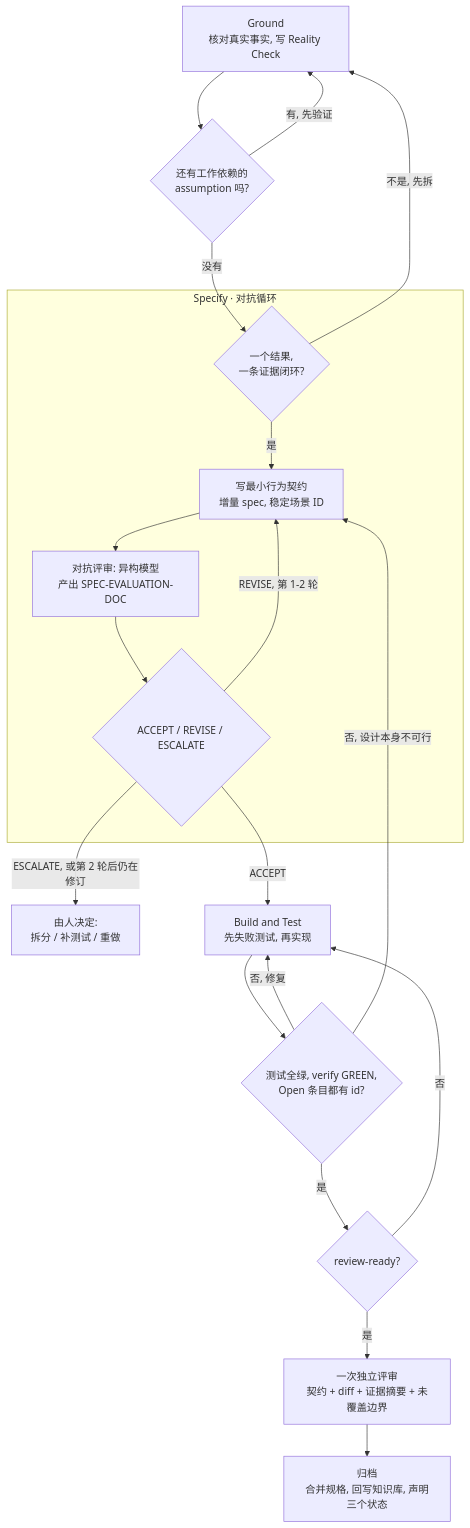
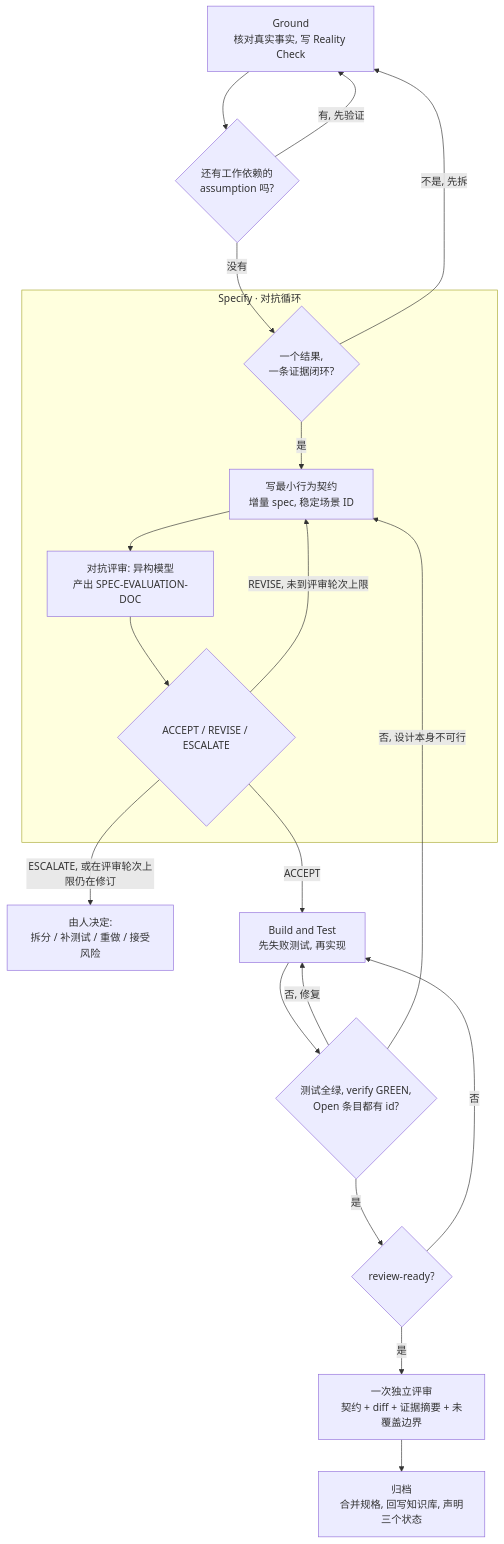
One commit to Apriorhythm/apriori-spec-development changed the diagram in docs/concepts_cn.md. Above: the diagram before and after it, drawn with Mermaid. The commit also changed other lines of this file and 51 other files, not shown here.

````diff
--- a/docs/concepts_cn.md
+++ b/docs/concepts_cn.md
@@ -293,25 +293,25 @@
 ```mermaid
 graph TD
     B[Ground<br/>核对真实事实, 写 Reality Check]
     B --> B2{还有工作依赖的<br/>assumption 吗?}
     B2 -- 有, 先验证 --> B
     B2 -- 没有 --> C0{一个结果,<br/>一条证据闭环?}
     C0 -- 不是, 先拆 --> B
 
     subgraph S1[Specify · 对抗循环]
         C0 -- 是 --> C[写最小行为契约<br/>增量 spec, 稳定场景 ID]
         C --> D[对抗评审: 异构模型<br/>产出 SPEC-EVALUATION-DOC]
         D --> D2{ACCEPT / REVISE / ESCALATE}
-        D2 -- REVISE, 第 1-2 轮 --> C
+        D2 -- REVISE, 未到评审轮次上限 --> C
     end
 
-    D2 -- ESCALATE, 或第 2 轮后仍在修订 --> X[由人决定:<br/>拆分 / 补测试 / 重做]
+    D2 -- ESCALATE, 或在评审轮次上限仍在修订 --> X[由人决定:<br/>拆分 / 补测试 / 重做 / 接受风险]
     D2 -- ACCEPT --> H[Build and Test<br/>先失败测试, 再实现]
     H --> H2{测试全绿, verify GREEN,<br/>Open 条目都有 id?}
     H2 -- 否, 修复 --> H
     H2 -- 否, 设计本身不可行 --> C
     H2 -- 是 --> R{review-ready?}
     R -- 否 --> H
     R -- 是 --> RV[一次独立评审<br/>契约 + diff + 证据摘要 + 未覆盖边界]
     RV --> I[归档<br/>合并规格, 回写知识库, 声明三个状态]
 ```
````
